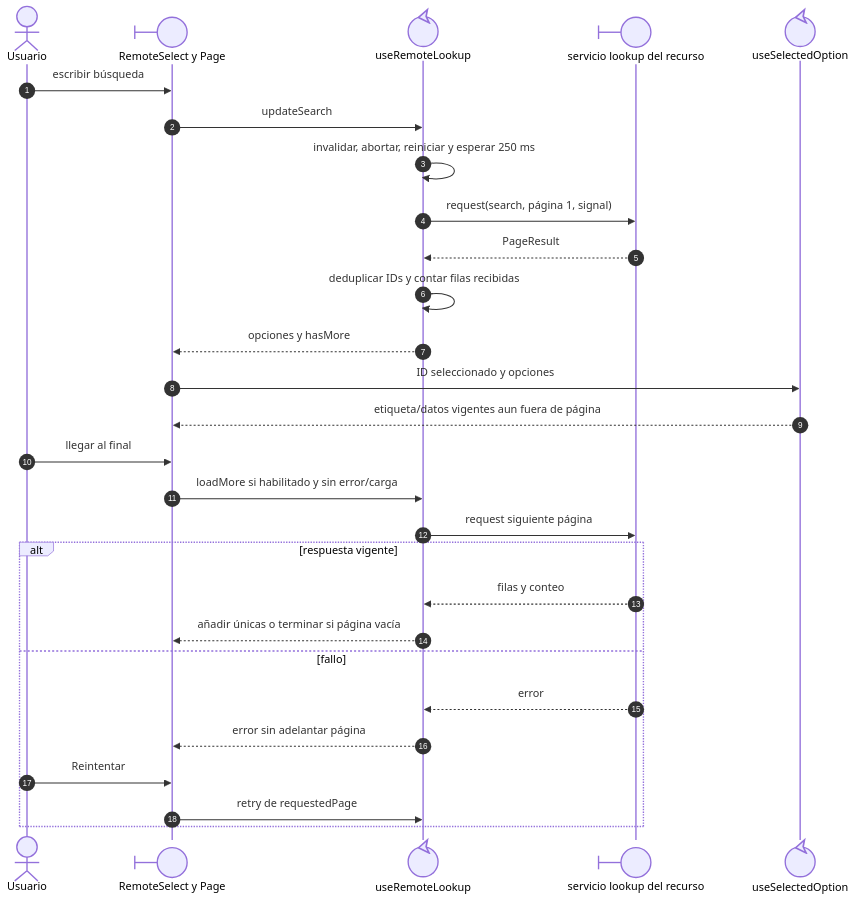
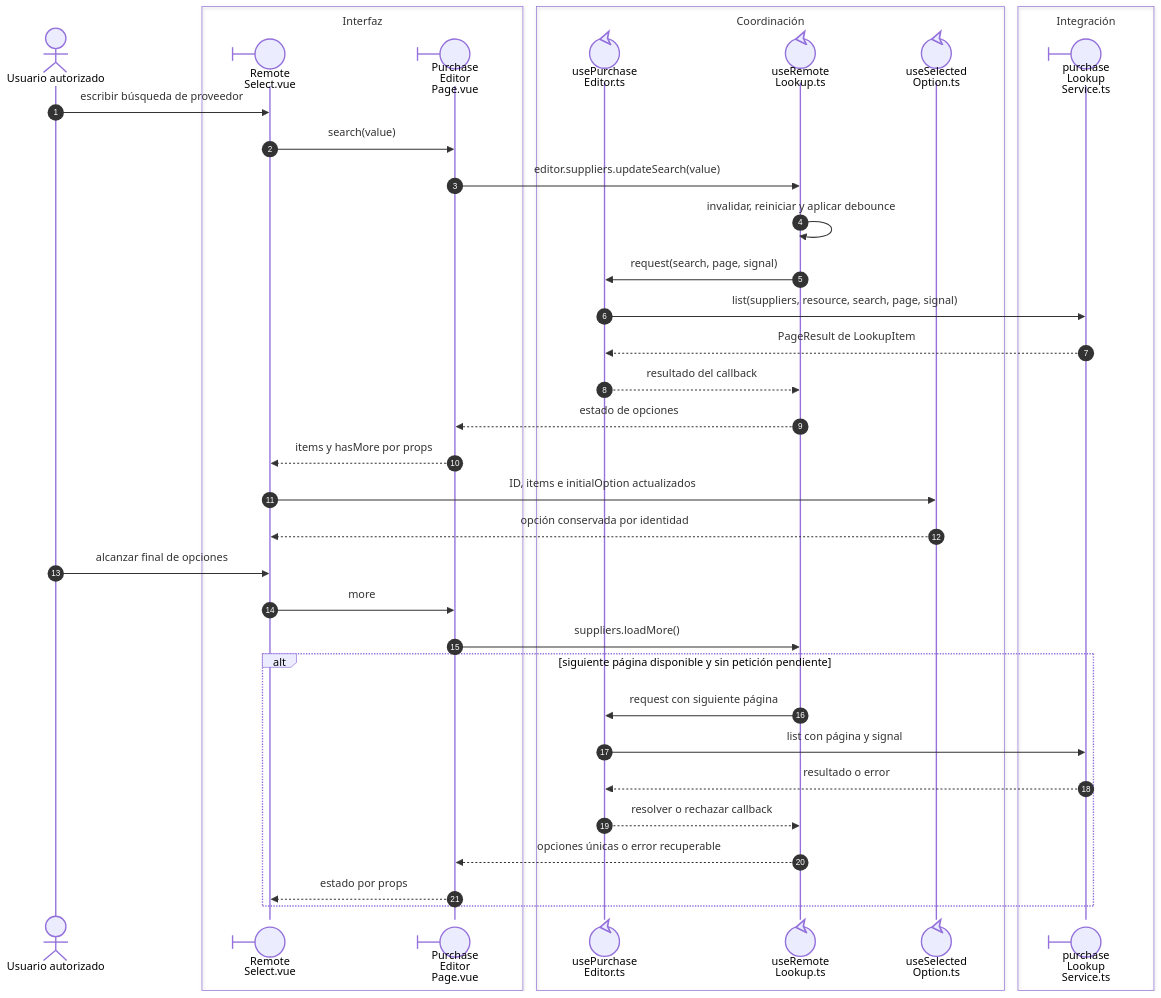
The diagram in front/docs/architecture/views/processes/02-shared-runtime/03-remote-lookup.md (gpgsistemas01/nexus), drawn with Mermaid before and after one commit. The commit also changed other lines of this file and 46 other files, not shown here.

Commit message:
docs: alinear secuencias Vue con participantes y callbacks reales

````diff
--- a/front/docs/architecture/views/processes/02-shared-runtime/03-remote-lookup.md
+++ b/front/docs/architecture/views/processes/02-shared-runtime/03-remote-lookup.md
@@ -15,30 +13,40 @@
 ```mermaid
 sequenceDiagram
     autonumber
-    actor Usuario
-    participant Select@{ "type": "boundary" } as RemoteSelect y Page
-    participant Lookup@{ "type": "control" } as useRemoteLookup
-    participant Service@{ "type": "boundary" } as servicio lookup del recurso
-    participant Selection@{ "type": "control" } as useSelectedOption
-    Usuario->>Select: escribir búsqueda
-    Select->>Lookup: updateSearch
-    Lookup->>Lookup: invalidar, abortar, reiniciar y esperar 250 ms
-    Lookup->>Service: request(search, página 1, signal)
-    Service-->>Lookup: PageResult
-    Lookup->>Lookup: deduplicar IDs y contar filas recibidas
-    Lookup-->>Select: opciones y hasMore
-    Select->>Selection: ID seleccionado y opciones
-    Selection-->>Select: etiqueta/datos vigentes aun fuera de página
-    Usuario->>Select: llegar al final
-    Select->>Lookup: loadMore si habilitado y sin error/carga
-    Lookup->>Service: request siguiente página
-    alt respuesta vigente
-        Service-->>Lookup: filas y conteo
-        Lookup-->>Select: añadir únicas o terminar si página vacía
-    else fallo
-        Service-->>Lookup: error
-        Lookup-->>Select: error sin adelantar página
-        Usuario->>Select: Reintentar
-        Select->>Lookup: retry de requestedPage
+    actor U as Usuario autorizado
+    box Interfaz
+    participant Select@{ "type": "boundary" } as Remote<br/>Select.vue
+    participant Page@{ "type": "boundary" } as Purchase<br/>Editor<br/>Page.vue
+    end
+    box Coordinación
+    participant Editor@{ "type": "control" } as usePurchase<br/>Editor.ts
+    participant Lookup@{ "type": "control" } as useRemote<br/>Lookup.ts
+    participant Selection@{ "type": "control" } as useSelected<br/>Option.ts
+    end
+    box Integración
+    participant Service@{ "type": "boundary" } as purchase<br/>Lookup<br/>Service.ts
+    end
+    U->>Select: escribir búsqueda de proveedor
+    Select->>Page: search(value)
+    Page->>Lookup: editor.suppliers.updateSearch(value)
+    Lookup->>Lookup: invalidar, reiniciar y aplicar debounce
+    Lookup->>Editor: request(search, page, signal)
+    Editor->>Service: list(suppliers, resource, search, page, signal)
+    Service-->>Editor: PageResult de LookupItem
+    Editor-->>Lookup: resultado del callback
+    Lookup-->>Page: estado de opciones
+    Page-->>Select: items y hasMore por props
+    Select->>Selection: ID, items e initialOption actualizados
+    Selection-->>Select: opción conservada por identidad
+    U->>Select: alcanzar final de opciones
+    Select->>Page: more
+    Page->>Lookup: suppliers.loadMore()
+    alt siguiente página disponible y sin petición pendiente
+        Lookup->>Editor: request con siguiente página
+        Editor->>Service: list con página y signal
+        Service-->>Editor: resultado o error
+        Editor-->>Lookup: resolver o rechazar callback
+        Lookup-->>Page: opciones únicas o error recuperable
+        Page-->>Select: estado por props
     end
 ```
````
